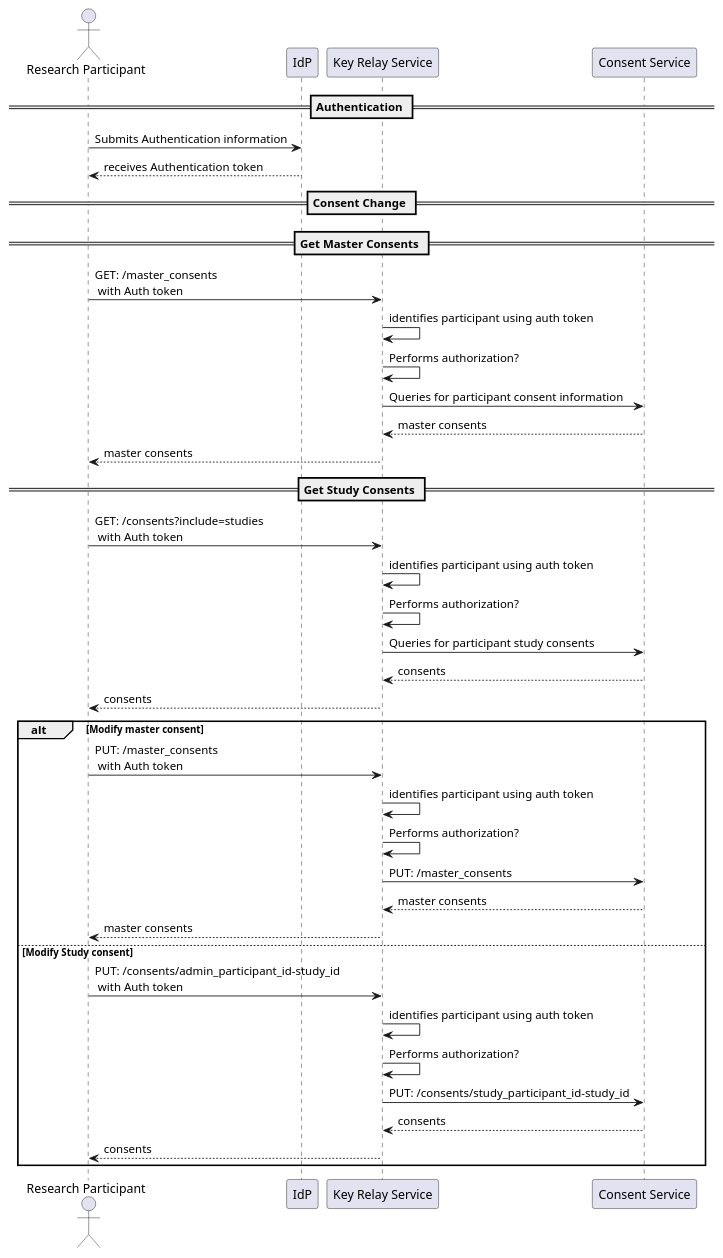
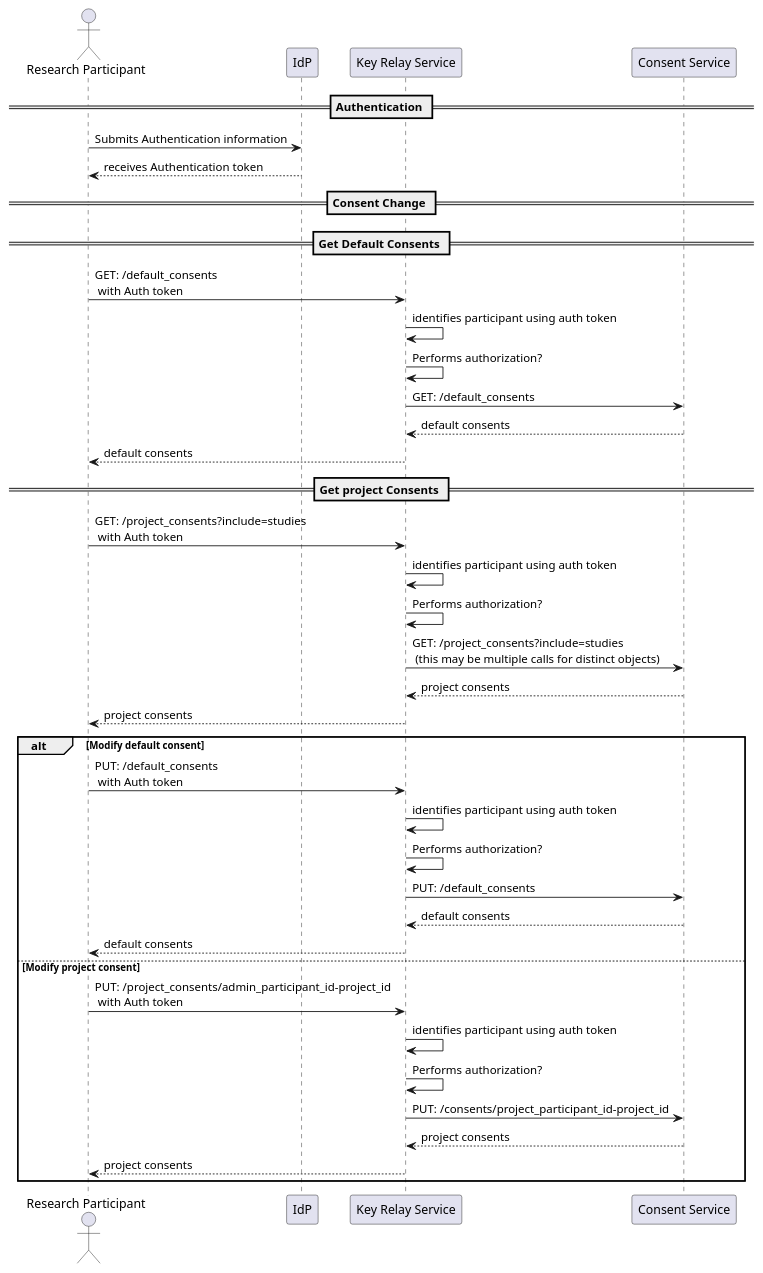
The diagram in demo1/diagrams/participant_consent_change.md (dycons/design), drawn with PlantUML before and after one commit. The commit also changed other lines of this file and 2 other files, not shown here.

Commit message:
Consents service API spec for demo-1

```diff
--- a/demo1/diagrams/participant_consent_change.md
+++ b/demo1/diagrams/participant_consent_change.md
@@ -3,62 +4,62 @@
 @startuml
 actor "Research Participant" as rp
 participant "IdP" as idp
 participant "Key Relay Service" as krs
 participant "Consent Service" as cs
 
 
 == Authentication ==
 
 rp -> idp : Submits Authentication information
 idp --> rp : receives Authentication token
 
 
 == Consent Change ==
 
-== Get Master Consents ==
+== Get Default Consents ==
 
-rp -> krs: GET: /master_consents\n with Auth token
+rp -> krs: GET: /default_consents\n with Auth token
 krs -> krs: identifies participant using auth token
 krs -> krs: Performs authorization?
 
-krs -> cs: Queries for participant consent information
-cs --> krs: master consents
+krs -> cs: GET: /default_consents
+cs --> krs: default consents
 
-krs --> rp: master consents
+krs --> rp: default consents
 
-== Get Study Consents ==
+== Get project Consents ==
 
-rp -> krs: GET: /consents?include=studies\n with Auth token
+rp -> krs: GET: /project_consents?include=studies\n with Auth token
 krs -> krs: identifies participant using auth token
 krs -> krs: Performs authorization?
 
-krs -> cs: Queries for participant study consents
-cs --> krs: consents
+krs -> cs: GET: /project_consents?include=studies\n (this may be multiple calls for distinct objects)
+cs --> krs: project consents
 
-krs --> rp: consents
+krs --> rp: project consents
 
-alt Modify master consent
+alt Modify default consent
 
-  rp -> krs: PUT: /master_consents\n with Auth token
+  rp -> krs: PUT: /default_consents\n with Auth token
   krs -> krs: identifies participant using auth token
   krs -> krs: Performs authorization?
 
-  krs -> cs: PUT: /master_consents
-  cs --> krs: master consents
+  krs -> cs: PUT: /default_consents
+  cs --> krs: default consents
 
-  krs --> rp: master consents
+  krs --> rp: default consents
 
-else Modify Study consent
+else Modify project consent
 
 
-  rp -> krs: PUT: /consents/admin_participant_id-study_id\n with Auth token
+  rp -> krs: PUT: /project_consents/admin_participant_id-project_id\n with Auth token
   krs -> krs: identifies participant using auth token
   krs -> krs: Performs authorization?
 
-  krs -> cs: PUT: /consents/study_participant_id-study_id
-  cs --> krs: consents
+  krs -> cs: PUT: /consents/project_participant_id-project_id
+  cs --> krs: project consents
 
-  krs --> rp: consents
+  krs --> rp: project consents
 
 end
 @enduml
```
